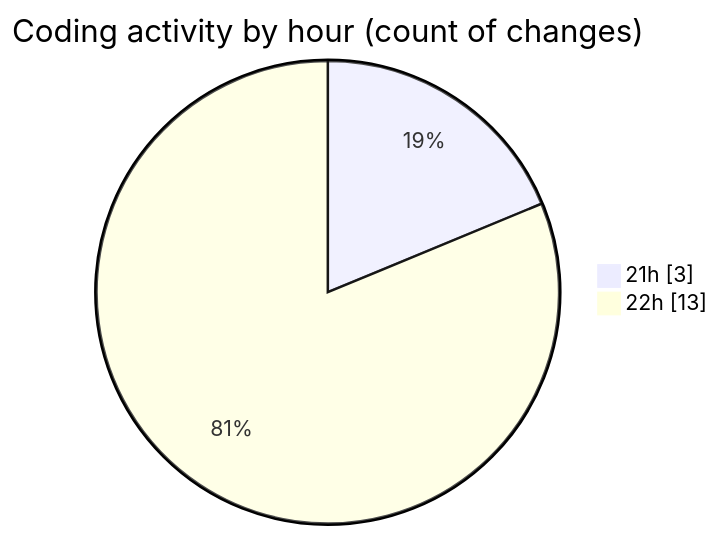
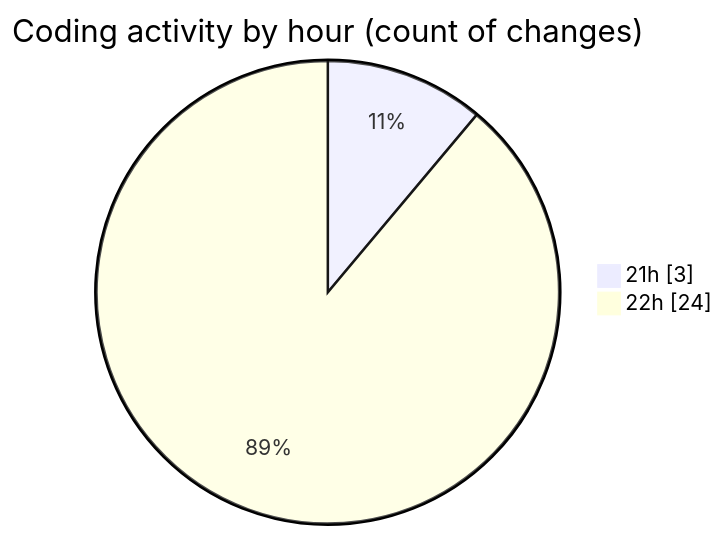
Before and after one commit to charlie-sans/code-tracking: the second of 2 diagrams in 2025-03-18/sharpmasm/README.md, drawn with Mermaid. The commit also changed other lines of this file and 1 other file, not shown here.

````diff
--- a/2025-03-18/sharpmasm/README.md
+++ b/2025-03-18/sharpmasm/README.md
@@ -35,6 +37,6 @@
 ```mermaid
 pie showData
 title Coding activity by hour (count of changes)
 "21h" : 3
-"22h" : 13
+"22h" : 24
 ```
````
